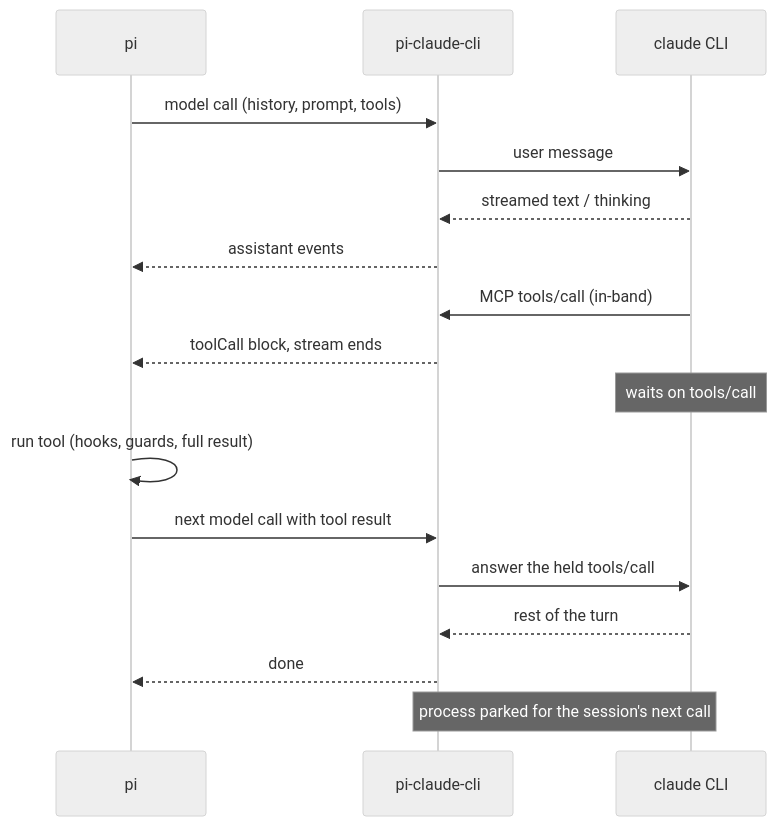
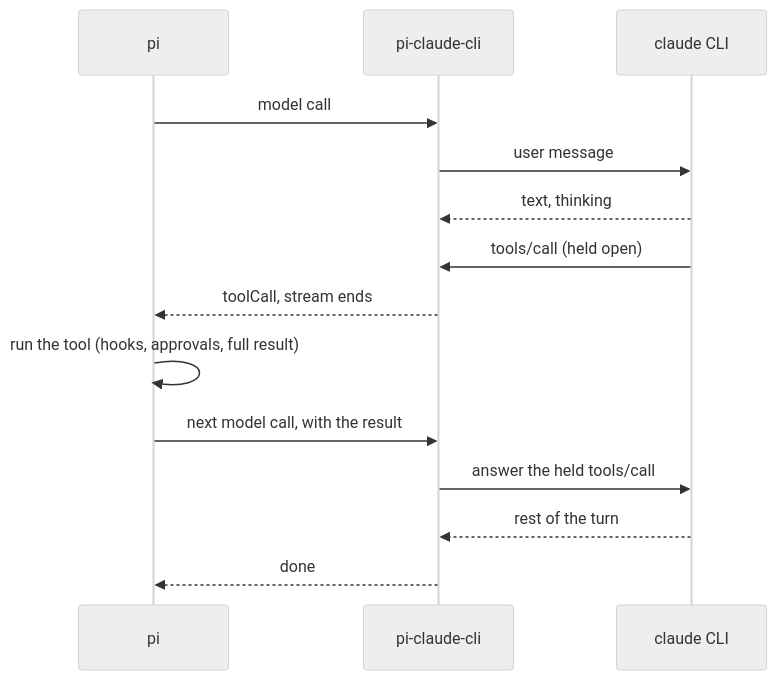
Before and after one commit to dmmulroy/pi-claude-cli: the second of 3 diagrams in README.md, drawn with Mermaid (neutral theme). The commit also changed other lines of this file, not shown here.

Commit message:
docs: rewrite the README around call trees, pseudocode and diagrams

````diff
--- a/README.md
+++ b/README.md
@@ -67,19 +61,16 @@
 ```mermaid
 sequenceDiagram
     participant pi
     participant P as pi-claude-cli
     participant CLI as claude CLI
-    pi->>P: model call (history, prompt, tools)
+    pi->>P: model call
     P->>CLI: user message
-    CLI-->>P: streamed text / thinking
-    P-->>pi: assistant events
-    CLI->>P: MCP tools/call (in-band)
-    P-->>pi: toolCall block, stream ends
-    Note over CLI: waits on tools/call
-    pi->>pi: run tool (hooks, guards, full result)
-    pi->>P: next model call with tool result
+    CLI-->>P: text, thinking
+    CLI->>P: tools/call (held open)
+    P-->>pi: toolCall, stream ends
+    pi->>pi: run the tool (hooks, approvals, full result)
+    pi->>P: next model call, with the result
     P->>CLI: answer the held tools/call
     CLI-->>P: rest of the turn
     P-->>pi: done
-    Note over P,CLI: process parked for the session's next call
 ```
````
